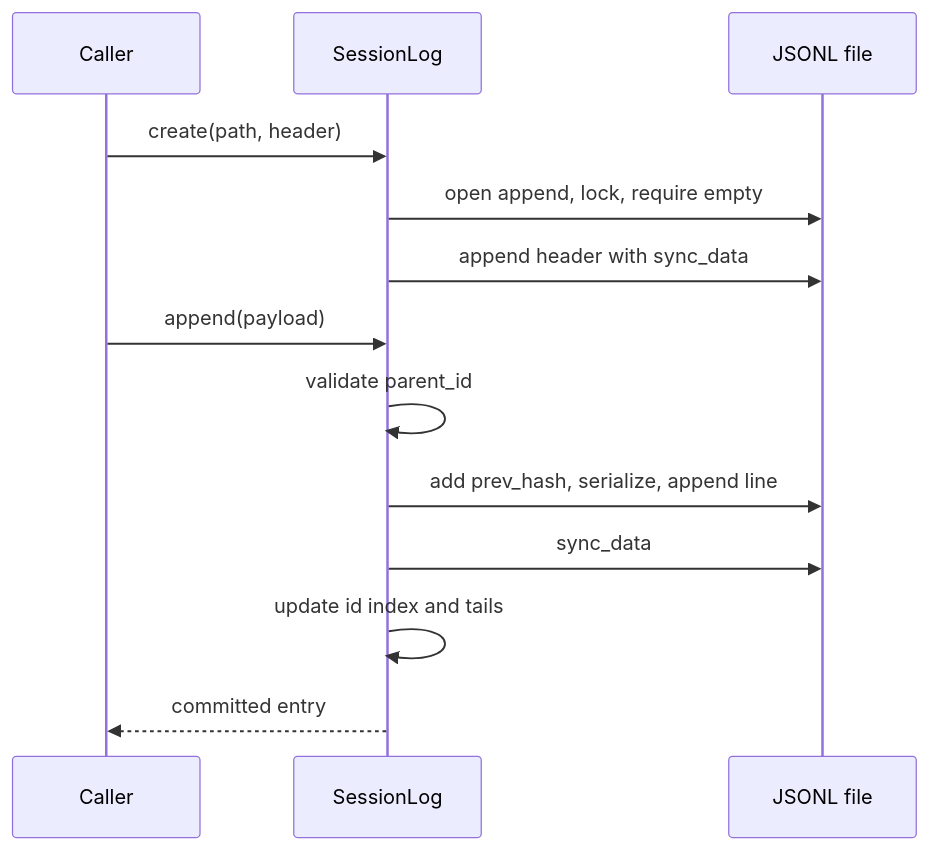
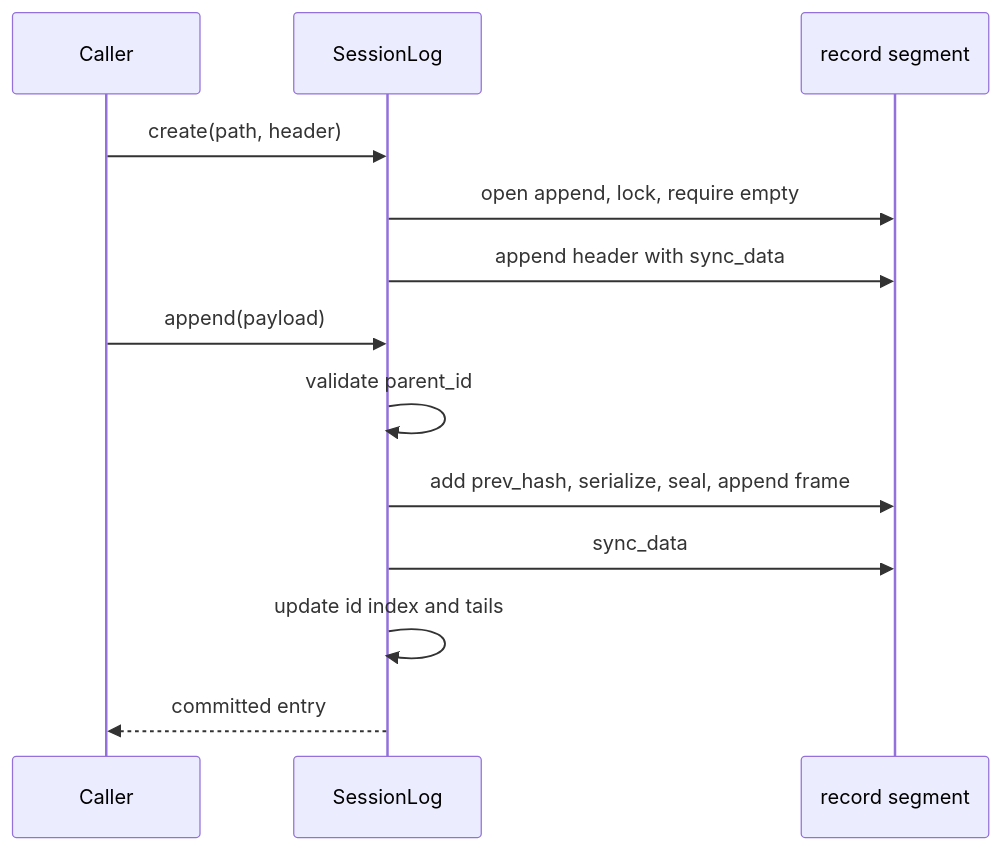
Before and after one commit to nranjan2code/code: the second of 7 diagrams in docs/design/02-sessions.md, drawn with Mermaid. The commit also changed other lines of this file and 40 other files, not shown here.

````diff
--- a/docs/design/02-sessions.md
+++ b/docs/design/02-sessions.md
@@ -258,15 +264,15 @@
 ```mermaid
 sequenceDiagram
     participant Caller
     participant Log as SessionLog
-    participant File as JSONL file
+    participant File as record segment
     Caller->>Log: create(path, header)
     Log->>File: open append, lock, require empty
     Log->>File: append header with sync_data
     Caller->>Log: append(payload)
     Log->>Log: validate parent_id
-    Log->>File: add prev_hash, serialize, append line
+    Log->>File: add prev_hash, serialize, seal, append frame
     Log->>File: sync_data
     Log->>Log: update id index and tails
     Log-->>Caller: committed entry
 ```
````
